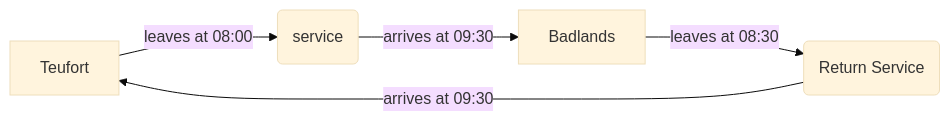
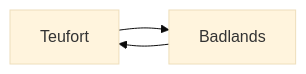
One commit to TakeoIschiFan/Jikoku changed the diagram in docs/docs/index.md. Above: the diagram before and after it, drawn with Mermaid (base theme). The commit also changed other lines of this file and 1 other file, not shown here.

````diff
--- a/docs/docs/index.md
+++ b/docs/docs/index.md
@@ -52,7 +52,5 @@
 ```mermaid
 flowchart LR
-    A[Teufort] -->|leaves at 08:00| S(Service)
-    S(service)-->|arrives at 09:30| B[Badlands]
-    B[Badlands]-->|leaves at 08:30|R(Return Service)
-    R(Return Service)-->|arrives at 09:30| A[Teufort]
+    A[Teufort] --> B[Badlands]
+    B[Badlands]--> A[Teufort]
 ```
````
